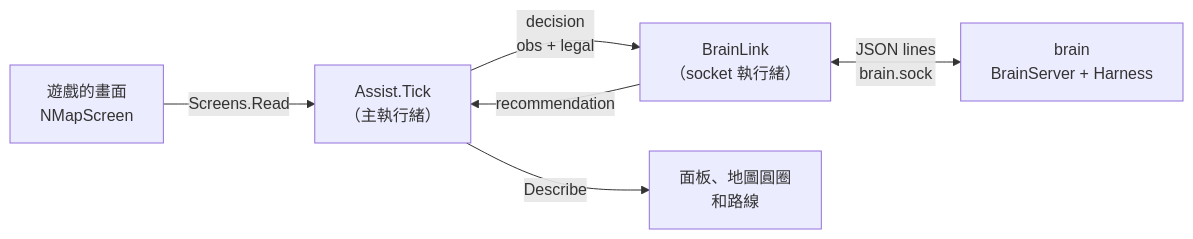
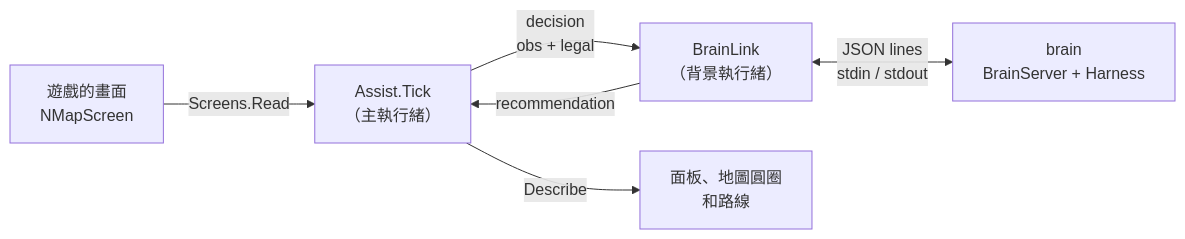
Before and after one commit to shinnku-nikaidou/spire-zero: the diagram in docs/src/content/docs/zh-tw/arch/mod/index.mdx, drawn with Mermaid. The commit also changed other lines of this file and 164 other files, not shown here.

````diff
--- a/docs/src/content/docs/zh-tw/arch/mod/index.mdx
+++ b/docs/src/content/docs/zh-tw/arch/mod/index.mdx
@@ -43,8 +43,8 @@
 ```mermaid
 flowchart LR
   G["遊戲的畫面<br/>NMapScreen"] -->|"Screens.Read"| A["Assist.Tick<br/>（主執行緒）"]
-  A -->|"decision<br/>obs + legal"| L["BrainLink<br/>（socket 執行緒）"]
-  L <-->|"JSON lines<br/>brain.sock"| B["brain<br/>BrainServer + Harness"]
+  A -->|"decision<br/>obs + legal"| L["BrainLink<br/>（背景執行緒）"]
+  L <-->|"JSON lines<br/>stdin / stdout"| B["brain<br/>BrainServer + Harness"]
   L -->|"recommendation"| A
   A -->|"Describe"| P["面板、地圖圓圈<br/>和路線"]
 ```
````
